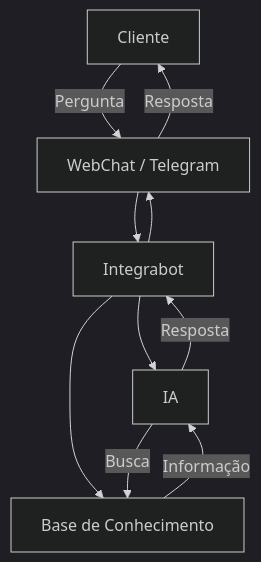
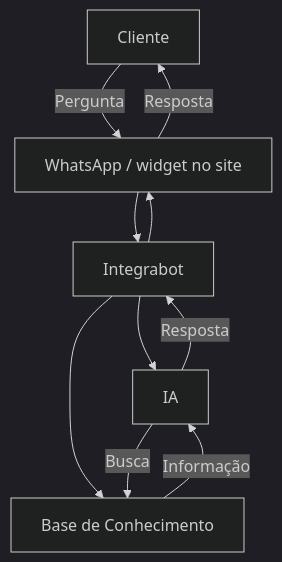
Before and after one commit to altaforjatecnologia/docs: the diagram in pt/conceitos/como-funciona-ia.mdx, drawn with Mermaid (dark theme). The commit also changed other lines of this file and 21 other files, not shown here.

````diff
--- a/pt/conceitos/como-funciona-ia.mdx
+++ b/pt/conceitos/como-funciona-ia.mdx
@@ -10,12 +10,12 @@
 ```mermaid
 graph TD
-    User[Cliente] -- Pergunta --> Canal[WebChat / Telegram]
+    User[Cliente] -- Pergunta --> Canal[WhatsApp / widget no site]
     Canal --> Integrabot[Integrabot]
     Integrabot --> LLM[IA]
     Integrabot --> KB[Base de Conhecimento]
     LLM -- Busca --> KB
     KB -- Informação --> LLM
     LLM -- Resposta --> Integrabot
     Integrabot --> Canal
     Canal -- Resposta --> User
 ```
````
